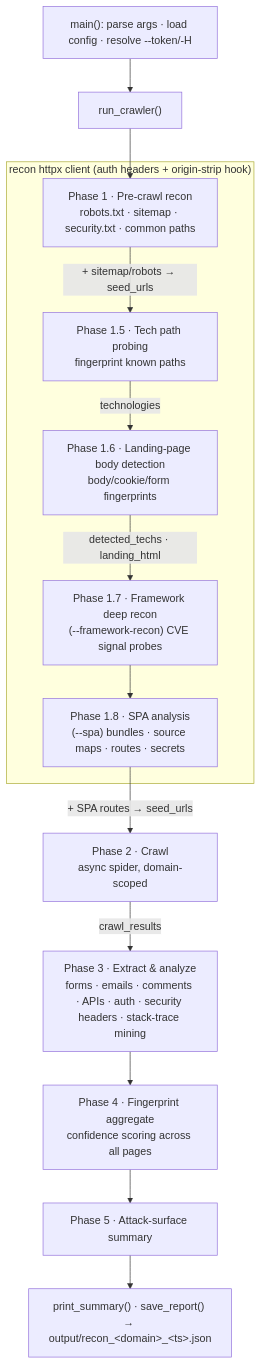
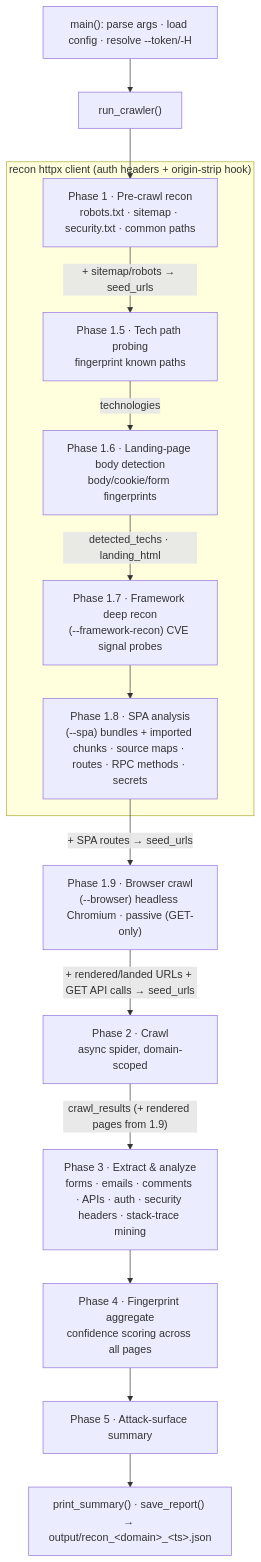
One commit to 0xj4f/shatterpoint changed the first of 3 diagrams in docs/ARCHITECTURE.md. Above: the diagram before and after it, drawn with Mermaid. The commit also changed other lines of this file and 3 other files, not shown here.

````diff
--- a/docs/ARCHITECTURE.md
+++ b/docs/ARCHITECTURE.md
@@ -11,28 +11,31 @@
 ```mermaid
 flowchart TD
     CLI["main(): parse args · load config · resolve --token/-H"] --> RC["run_crawler()"]
     RC --> P1
 
     subgraph recon_client["recon httpx client (auth headers + origin-strip hook)"]
         P1["Phase 1 · Pre-crawl recon<br/>robots.txt · sitemap · security.txt · common paths"]
         P15["Phase 1.5 · Tech path probing<br/>fingerprint known paths"]
         P16["Phase 1.6 · Landing-page body detection<br/>body/cookie/form fingerprints"]
         P17["Phase 1.7 · Framework deep recon<br/>(--framework-recon) CVE signal probes"]
-        P18["Phase 1.8 · SPA analysis<br/>(--spa) bundles · source maps · routes · secrets"]
+        P18["Phase 1.8 · SPA analysis<br/>(--spa) bundles + imported chunks · source maps · routes · RPC methods · secrets"]
     end
 
     P1 -->|"+ sitemap/robots → seed_urls"| P15
     P15 -->|technologies| P16
     P16 -->|"detected_techs · landing_html"| P17
     P17 --> P18
-    P18 -->|"+ SPA routes → seed_urls"| P2
+    P18 -->|"+ SPA routes → seed_urls"| P19
+
+    P19["Phase 1.9 · Browser crawl<br/>(--browser) headless Chromium · passive (GET-only)"]
+    P19 -->|"+ rendered/landed URLs + GET API calls → seed_urls"| P2
 
     P2["Phase 2 · Crawl<br/>async spider, domain-scoped"]
-    P2 -->|crawl_results| P3
+    P2 -->|"crawl_results (+ rendered pages from 1.9)"| P3
     P3["Phase 3 · Extract & analyze<br/>forms · emails · comments · APIs · auth · security headers · stack-trace mining"]
     P3 --> P4
     P4["Phase 4 · Fingerprint aggregate<br/>confidence scoring across all pages"]
     P4 --> P5
     P5["Phase 5 · Attack-surface summary"]
     P5 --> OUT["print_summary() · save_report() → output/recon_&lt;domain&gt;_&lt;ts&gt;.json"]
 ```
````
